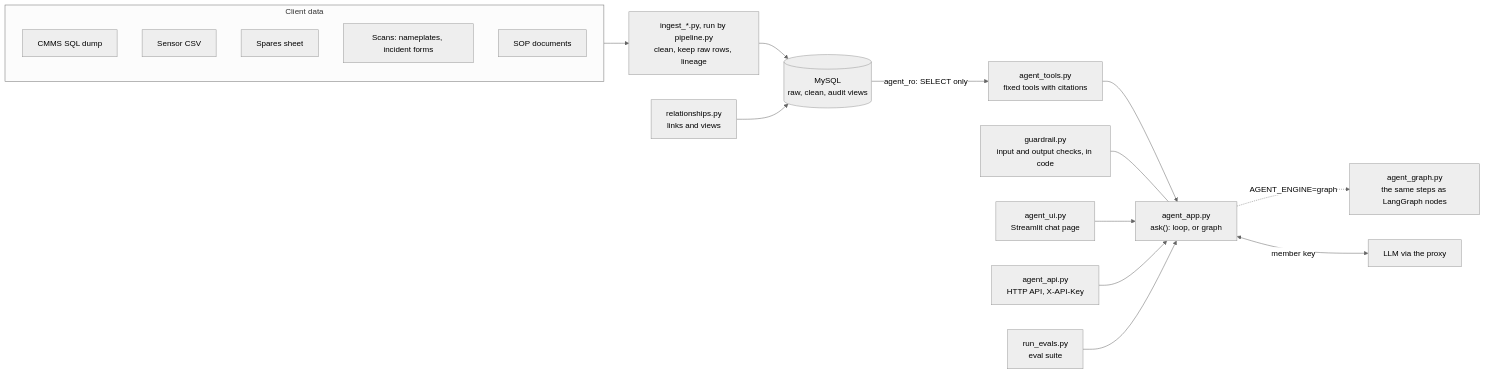
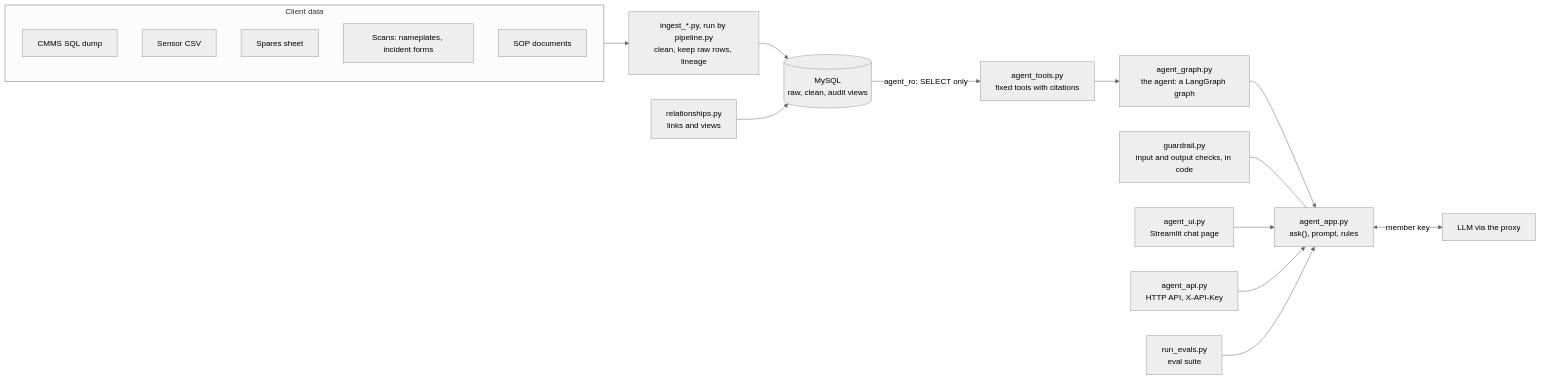
Before and after one commit to ensanguine2279/sctp-aie-m5-jurong-marine: the diagram in README.md, drawn with Mermaid (neutral theme). The commit also changed other lines of this file and 23 other files, not shown here.

````diff
--- a/README.md
+++ b/README.md
@@ -28,21 +28,21 @@
 ```mermaid
 flowchart LR
     subgraph SRC["Client data"]
         S1["CMMS SQL dump"]
         S2["Sensor CSV"]
         S3["Spares sheet"]
         S4["Scans: nameplates, incident forms"]
         S5["SOP documents"]
     end
     SRC --> I["ingest_*.py, run by pipeline.py<br/>clean, keep raw rows, lineage"]
     I --> DB[("MySQL<br/>raw, clean, audit views")]
     R["relationships.py<br/>links and views"] --> DB
     DB -->|"agent_ro: SELECT only"| T["agent_tools.py<br/>fixed tools with citations"]
-    T --> A["agent_app.py<br/>ask(): loop, or graph"]
-    A -.->|"AGENT_ENGINE=graph"| GR["agent_graph.py<br/>the same steps as LangGraph nodes"]
+    T --> GR["agent_graph.py<br/>the agent: a LangGraph graph"]
+    GR --> A["agent_app.py<br/>ask(), prompt, rules"]
     G["guardrail.py<br/>input and output checks, in code"] --- A
     A <-->|"member key"| L["LLM via the proxy"]
     U["agent_ui.py<br/>Streamlit chat page"] --> A
     X["agent_api.py<br/>HTTP API, X-API-Key"] --> A
     E["run_evals.py<br/>eval suite"] --> A
 ```
````
